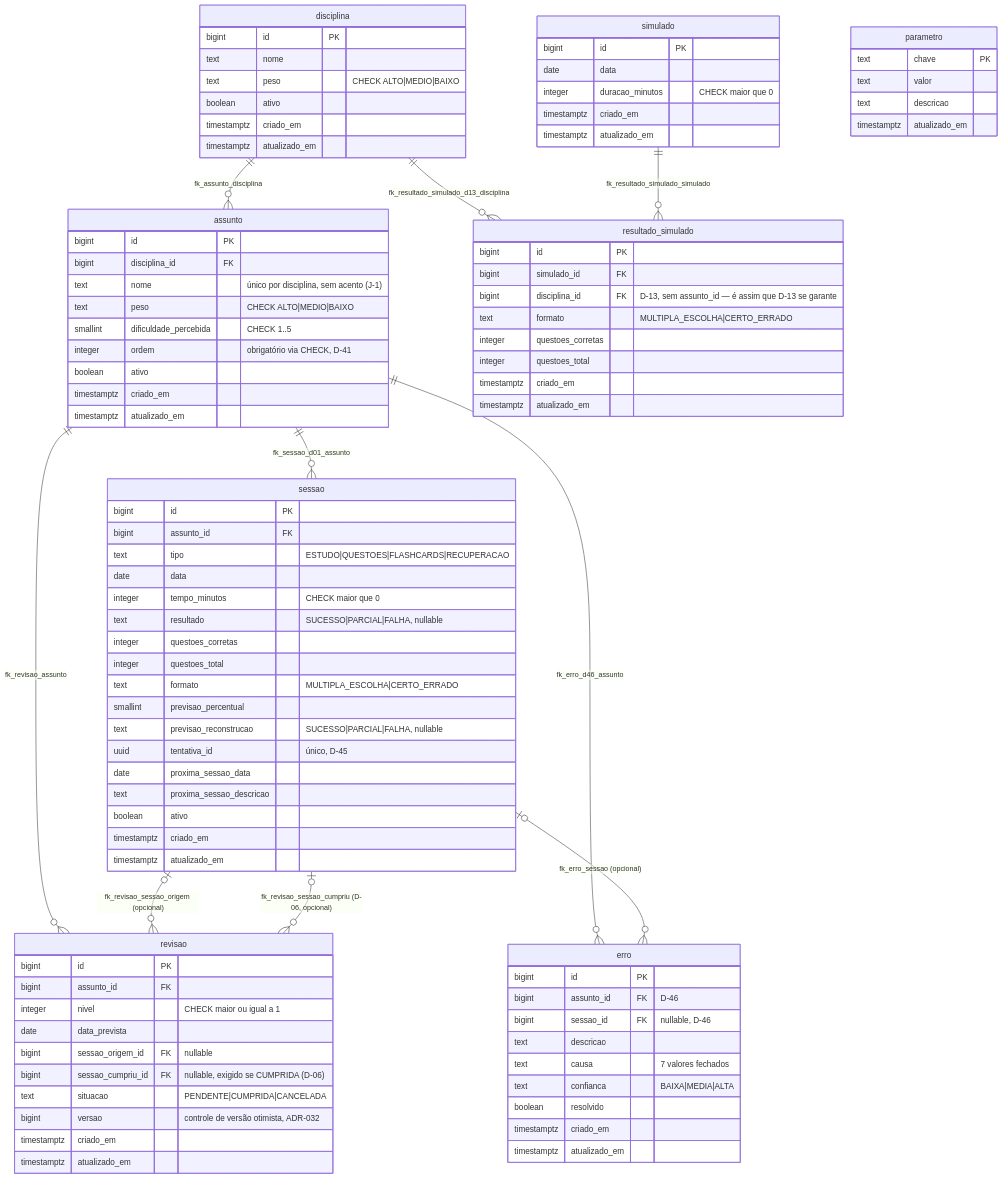
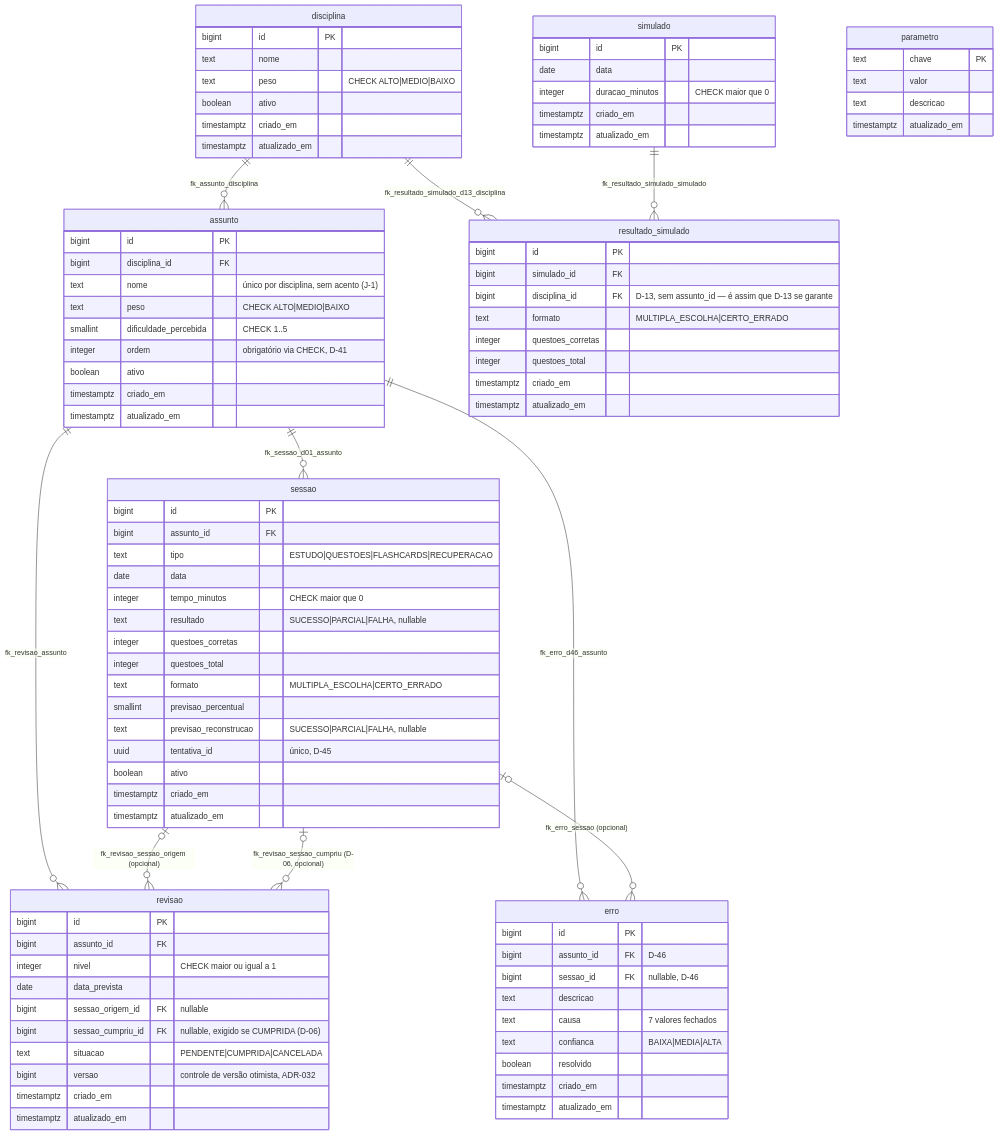
One commit to Allandpn/SGE-Concursos changed the diagram in docs/DIAGRAMA-ER.md. Above: the diagram before and after it, drawn with Mermaid. The commit also changed other lines of this file and 18 other files, not shown here.

```diff
--- a/docs/DIAGRAMA-ER.md
+++ b/docs/DIAGRAMA-ER.md
@@ -66,8 +66,6 @@
         smallint previsao_percentual
         text previsao_reconstrucao "SUCESSO|PARCIAL|FALHA, nullable"
         uuid tentativa_id "único, D-45"
-        date proxima_sessao_data
-        text proxima_sessao_descricao
         boolean ativo
         timestamptz criado_em
         timestamptz atualizado_em
```
